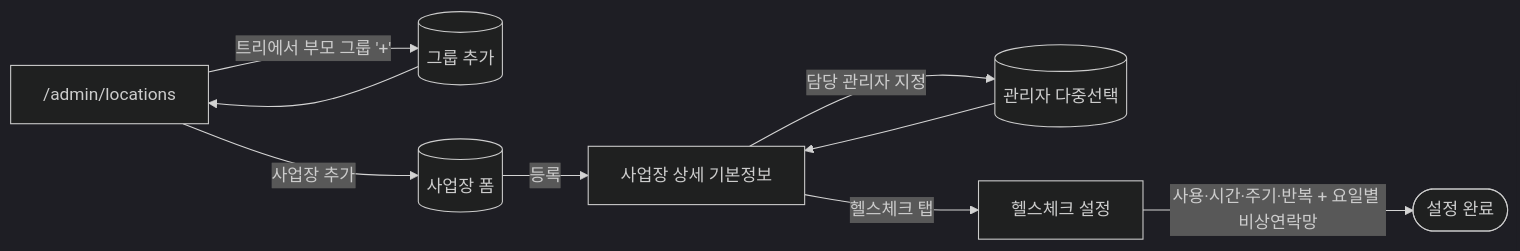
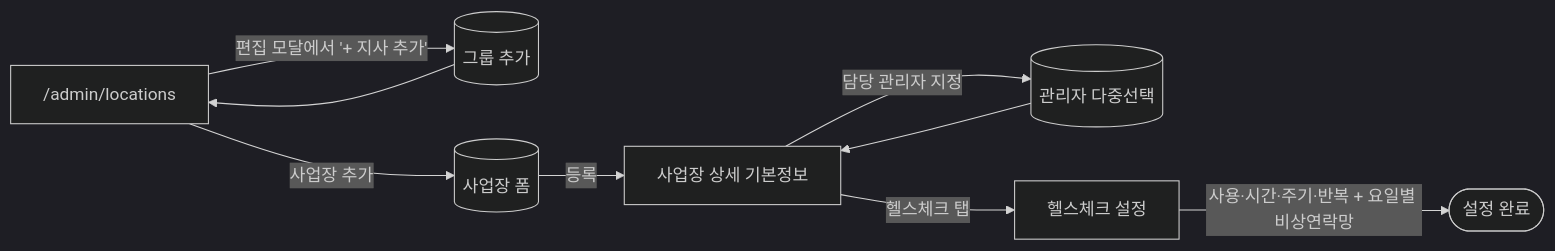
Before and after one commit to S-Tec-System-R-D/s-patrol_fe: diagram 11 of 15 in docs/flow.md, drawn with Mermaid. The commit also changed other lines of this file and 10 other files, not shown here.

````diff
--- a/docs/flow.md
+++ b/docs/flow.md
@@ -322,12 +319,12 @@
 ```mermaid
 %%{init: {'theme':'dark'}}%%
 flowchart LR
-    A["/admin/locations"] -- "트리에서 부모 그룹 '+'" --> B[(그룹 추가)]
+    A["/admin/locations"] -- "편집 모달에서 '+ 지사 추가'" --> B[(그룹 추가)]
     B --> A
     A -- "사업장 추가" --> C[(사업장 폼)]
     C -- 등록 --> D[사업장 상세 기본정보]
     D -- "담당 관리자 지정" --> E[(관리자 다중선택)]
     E --> D
     D -- "헬스체크 탭" --> F[헬스체크 설정]
     F -- "사용·시간·주기·반복 + 요일별 비상연락망" --> G([설정 완료])
 ```
````
